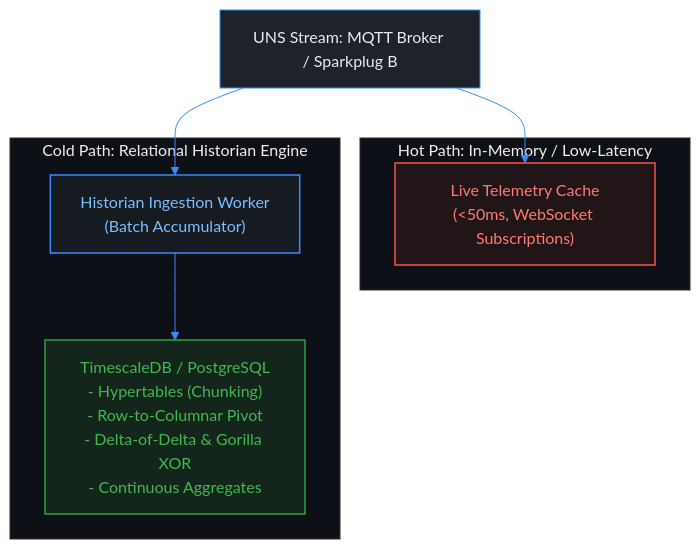
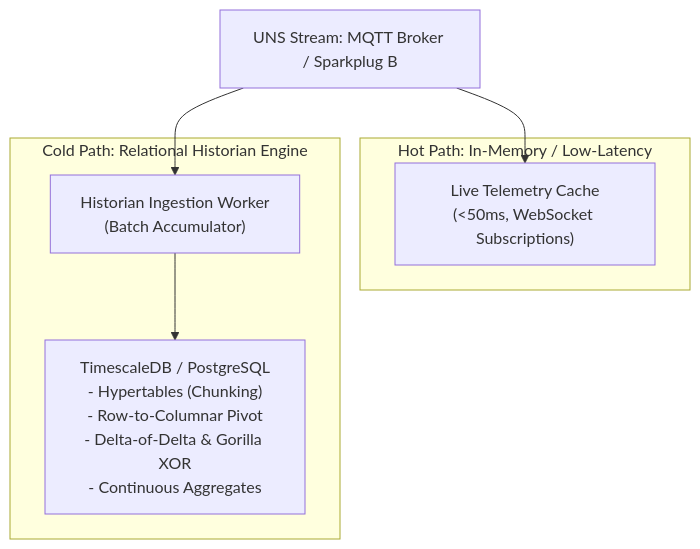
Before and after one commit to Novav20/The-Meridian-Grid: the diagram in docs/00-Domain-Mastery/lessons/09-Time-Series-Historians.md, drawn with Mermaid. The commit also changed 15 other files, not shown here.

Commit message:
Clean up Mermaid lesson diagrams

````diff
--- a/docs/00-Domain-Mastery/lessons/09-Time-Series-Historians.md
+++ b/docs/00-Domain-Mastery/lessons/09-Time-Series-Historians.md
@@ -88,35 +88,18 @@
 ```mermaid
-%%{init: {
-  'theme': 'base',
-  'themeVariables': {
-    'darkMode': true,
-    'primaryColor': '#1E222B',
-    'primaryTextColor': '#E6EDF3',
-    'primaryBorderColor': '#388BFD',
-    'lineColor': '#388BFD',
-    'secondaryColor': '#16191F',
-    'tertiaryColor': '#0D1117',
-    'edgeLabelBackground': '#16191F'
-  },
-  'themeCSS': '.edgeLabel { color: #E6EDF3 !important; } .edgeLabel rect { fill: #16191F !important; } .label { color: #E6EDF3 !important; } .cluster-label span { color: #E6EDF3 !important; }'
-}}%%
 graph TD
-    classDef hot fill:#211517,stroke:#f85149,stroke-width:1.5px,color:#ff7b72
-    classDef cold fill:#161b22,stroke:#388bfd,stroke-width:1.5px,color:#79c0ff
-    classDef store fill:#14261c,stroke:#2ea043,stroke-width:1.5px,color:#3fb950
 
     Ingress["UNS Stream: MQTT Broker / Sparkplug B"]
     
     subgraph Hot_Path [Hot Path: In-Memory / Low-Latency]
-        RAM["Live Telemetry Cache<br/>(&lt;50ms, WebSocket Subscriptions)"]:::hot
+        RAM["Live Telemetry Cache<br/>(&lt;50ms, WebSocket Subscriptions)"]
     end
 
     subgraph Cold_Path [Cold Path: Relational Historian Engine]
-        Worker["Historian Ingestion Worker<br/>(Batch Accumulator)"]:::cold
-        Store["TimescaleDB / PostgreSQL<br/>- Hypertables (Chunking)<br/>- Row-to-Columnar Pivot<br/>- Delta-of-Delta &amp; Gorilla XOR<br/>- Continuous Aggregates"]:::store
+        Worker["Historian Ingestion Worker<br/>(Batch Accumulator)"]
+        Store["TimescaleDB / PostgreSQL<br/>- Hypertables (Chunking)<br/>- Row-to-Columnar Pivot<br/>- Delta-of-Delta &amp; Gorilla XOR<br/>- Continuous Aggregates"]
     end
 
     Ingress --> RAM
     Ingress --> Worker
     Worker --> Store
 ```
````
